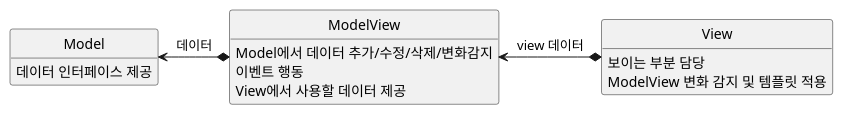
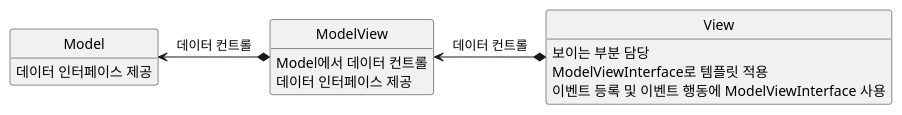
One commit to vomvoru/vomvoru.github.io changed the fifth of 5 diagrams in _posts/blog/2017-06-19-mvc-mvp-mvvm.md. Above: the diagram before and after it, drawn with PlantUML. The commit also changed other lines of this file, not shown here.

````diff
--- a/_posts/blog/2017-06-19-mvc-mvp-mvvm.md
+++ b/_posts/blog/2017-06-19-mvc-mvp-mvvm.md
@@ -167,23 +169,23 @@
 ```plantuml
 class Model {
     데이터 인터페이스 제공
 }
 
 class View {
     보이는 부분 담당
-    ModelView 변화 감지 및 템플릿 적용
+    ModelViewInterface로 템플릿 적용
+    이벤트 등록 및 이벤트 행동에 ModelViewInterface 사용
 }
 
 class ModelView{
-    Model에서 데이터 추가/수정/삭제/변화감지
-    이벤트 행동
-    View에서 사용할 데이터 제공
+    Model에서 데이터 컨트롤
+    데이터 인터페이스 제공
 }
 
-ModelView *-left-> Model : 데이터
-View *-left-> ModelView : view 데이터
+ModelView *-left-> Model : 데이터 컨트롤
+View *-left-> ModelView : 데이터 컨트롤
 
 hide empty fields
 hide empty methods
 hide circle
 ```
````
